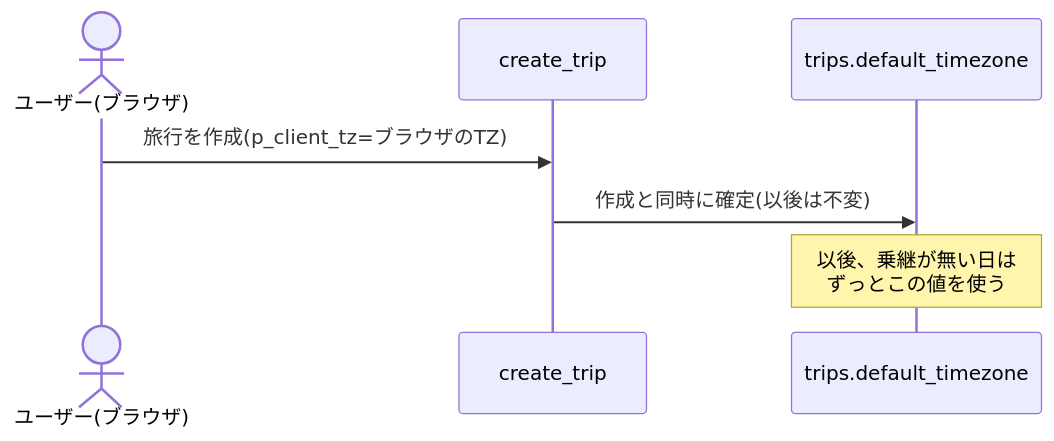
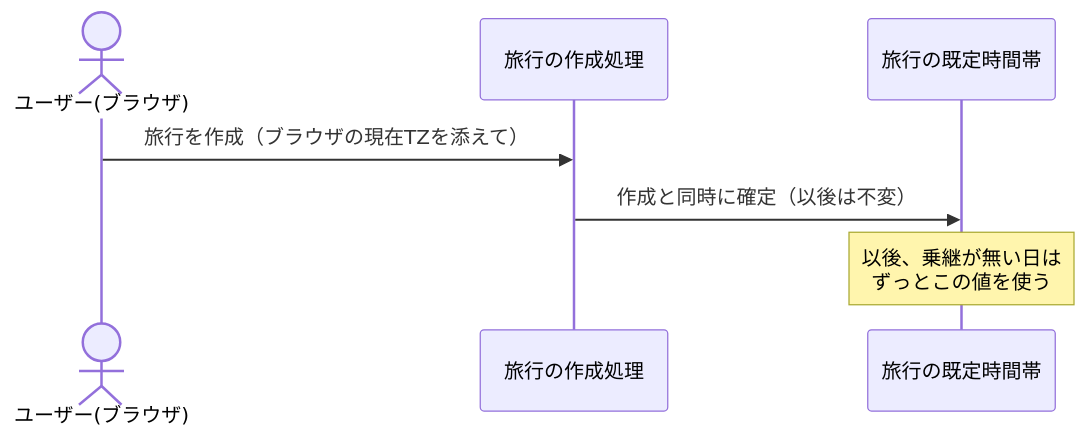
One commit to shidetake/triplot changed the fourth of 5 diagrams in docs/design/timezone.md. Above: the diagram before and after it, drawn with Mermaid. The commit also changed other lines of this file, not shown here.

First line of the commit message:
timezone.md: 図に残っていた内部識別子と更新漏れを修正

````diff
--- a/docs/design/timezone.md
+++ b/docs/design/timezone.md
@@ -89,10 +89,10 @@
 ```mermaid
 sequenceDiagram
     actor U as ユーザー(ブラウザ)
-    participant RPC as create_trip
-    participant DB as trips.default_timezone
+    participant C as 旅行の作成処理
+    participant D as 旅行の既定時間帯
 
-    U->>RPC: 旅行を作成(p_client_tz=ブラウザのTZ)
-    RPC->>DB: 作成と同時に確定(以後は不変)
-    Note over DB: 以後、乗継が無い日は<br/>ずっとこの値を使う
+    U->>C: 旅行を作成（ブラウザの現在TZを添えて）
+    C->>D: 作成と同時に確定（以後は不変）
+    Note over D: 以後、乗継が無い日は<br/>ずっとこの値を使う
 ```
````
